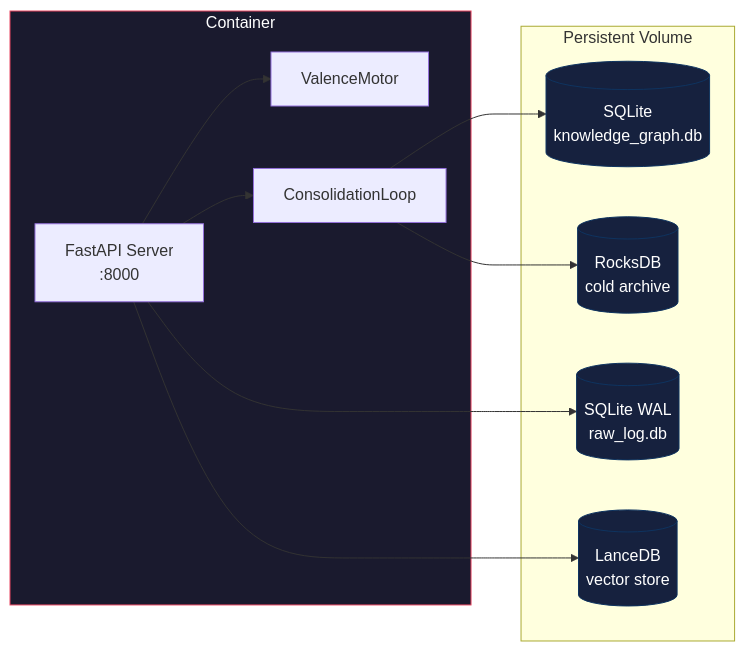
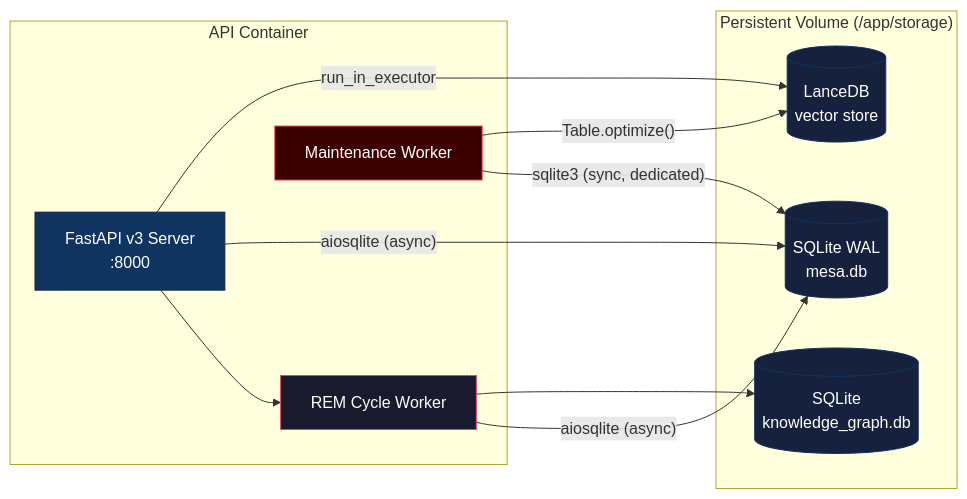
Before and after one commit to Yasou13/MESA: the fifth of 5 diagrams in ARCHITECTURE.md, drawn with Mermaid. The commit also changed other lines of this file and 39 other files, not shown here.

Commit message:
chore(release): bump v0.3.0 - enforce RLS, async storage, headless API

````diff
--- a/ARCHITECTURE.md
+++ b/ARCHITECTURE.md
@@ -240,28 +345,29 @@
 ```mermaid
 graph LR
-    subgraph Container
-        API[FastAPI Server<br/>:8000]
-        VM[ValenceMotor]
-        CL[ConsolidationLoop]
-        API --> VM
-        API --> CL
+    subgraph "API Container"
+        API["FastAPI v3 Server<br/>:8000"]
+        REM["REM Cycle Worker"]
+        MW["Maintenance Worker"]
+        API --> REM
     end
 
-    subgraph Persistent Volume
-        SQL[(SQLite WAL<br/>raw_log.db)]
-        KG[(SQLite<br/>knowledge_graph.db)]
-        VEC[(LanceDB<br/>vector store)]
-        ROCKS[(RocksDB<br/>cold archive)]
+    subgraph "Persistent Volume (/app/storage)"
+        SQL[("SQLite WAL<br/>mesa.db")]
+        VEC[("LanceDB<br/>vector store")]
+        KG[("SQLite<br/>knowledge_graph.db")]
     end
 
-    API --> SQL
-    API --> VEC
-    CL --> KG
-    CL --> ROCKS
+    API -->|"aiosqlite (async)"| SQL
+    API -->|"run_in_executor"| VEC
+    REM -->|"aiosqlite (async)"| SQL
+    MW -->|"sqlite3 (sync, dedicated)"| SQL
+    MW -->|"Table.optimize()"| VEC
+    REM --> KG
 
-    style Container fill:#1a1a2e,stroke:#e94560,color:#fff
+    style API fill:#0f3460,stroke:#16213e,color:#fff
+    style REM fill:#1a1a2e,stroke:#e94560,color:#fff
+    style MW fill:#3d0000,stroke:#e94560,color:#fff
     style SQL fill:#16213e,stroke:#0f3460,color:#fff
     style KG fill:#16213e,stroke:#0f3460,color:#fff
     style VEC fill:#16213e,stroke:#0f3460,color:#fff
-    style ROCKS fill:#16213e,stroke:#0f3460,color:#fff
 ```
````
